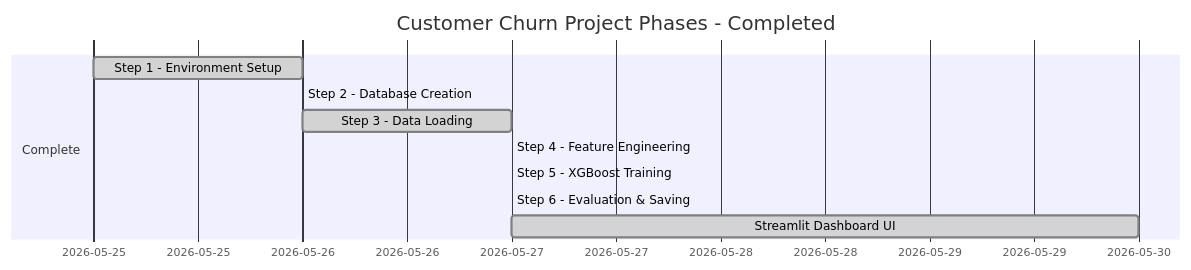
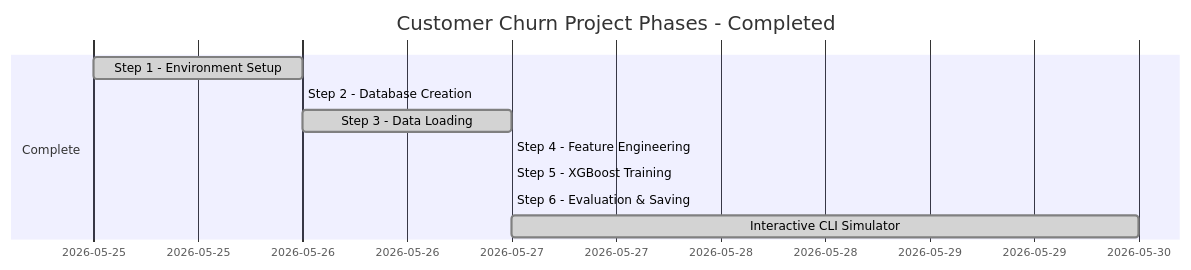
The diagram in project_report.md (Abuzarr1/Telecom-churn-prediction), drawn with Mermaid before and after one commit. The commit also changed other lines of this file and 7 other files, not shown here.

Commit message:
Replace Streamlit with Python CLI simulator for interview Q&A alignment

````diff
--- a/project_report.md
+++ b/project_report.md
@@ -25,13 +25,13 @@
 ```mermaid
 gantt
     title Customer Churn Project Phases - Completed
     dateFormat  YYYY-MM-DD
     section Complete
     Step 1 - Environment Setup   :done,    des1, 2026-05-25, 2026-05-26
     Step 2 - Database Creation   :done,    des2, 2026-05-26, 2026-05-26
     Step 3 - Data Loading        :done,    des3, 2026-05-26, 2026-05-27
     Step 4 - Feature Engineering :done,    des4, 2026-05-27, 2026-05-27
     Step 5 - XGBoost Training    :done,    des5, 2026-05-27, 2026-05-27
     Step 6 - Evaluation & Saving  :done,    des6, 2026-05-27, 2026-05-27
-    Streamlit Dashboard UI       :done,    des7, 2026-05-27, 2026-05-30
+    Interactive CLI Simulator    :done,    des7, 2026-05-27, 2026-05-30
 ```
````
